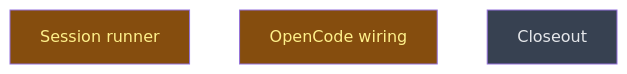
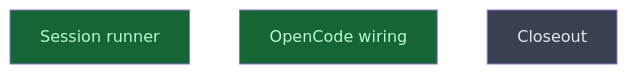
The diagram in __roadmap__/m4-session-runner/traits/core/runs/README.md (CrackingShells/Candler), drawn with Mermaid before and after one commit. The commit also changed other lines of this file, not shown here.

Commit message:
rdm(runner): mark session_runner and opencode_wiring done
Both leaves passed a consolidation pass before the merge. The full gates
ran once on the merged tree: 661 tests, fmt, clippy, the Linux clippy,
doc, DRIFT, DIGEST, GOLDEN, SPAWN, G8 and the contract pages.

````diff
--- a/__roadmap__/m4-session-runner/traits/core/runs/README.md
+++ b/__roadmap__/m4-session-runner/traits/core/runs/README.md
@@ -17,11 +17,11 @@
 ```mermaid
 graph TD
-    session_runner[Session runner]:::inprogress
-    opencode_wiring[OpenCode wiring]:::inprogress
+    session_runner[Session runner]:::done
+    opencode_wiring[OpenCode wiring]:::done
     closeout[Closeout]:::planned
     classDef done       fill:#166534,color:#bbf7d0
     classDef inprogress fill:#854d0e,color:#fef08a
     classDef planned    fill:#374151,color:#e5e7eb
     classDef amendment  fill:#1e3a5f,color:#bfdbfe
     classDef blocked    fill:#7f1d1d,color:#fecaca
 ```
````
